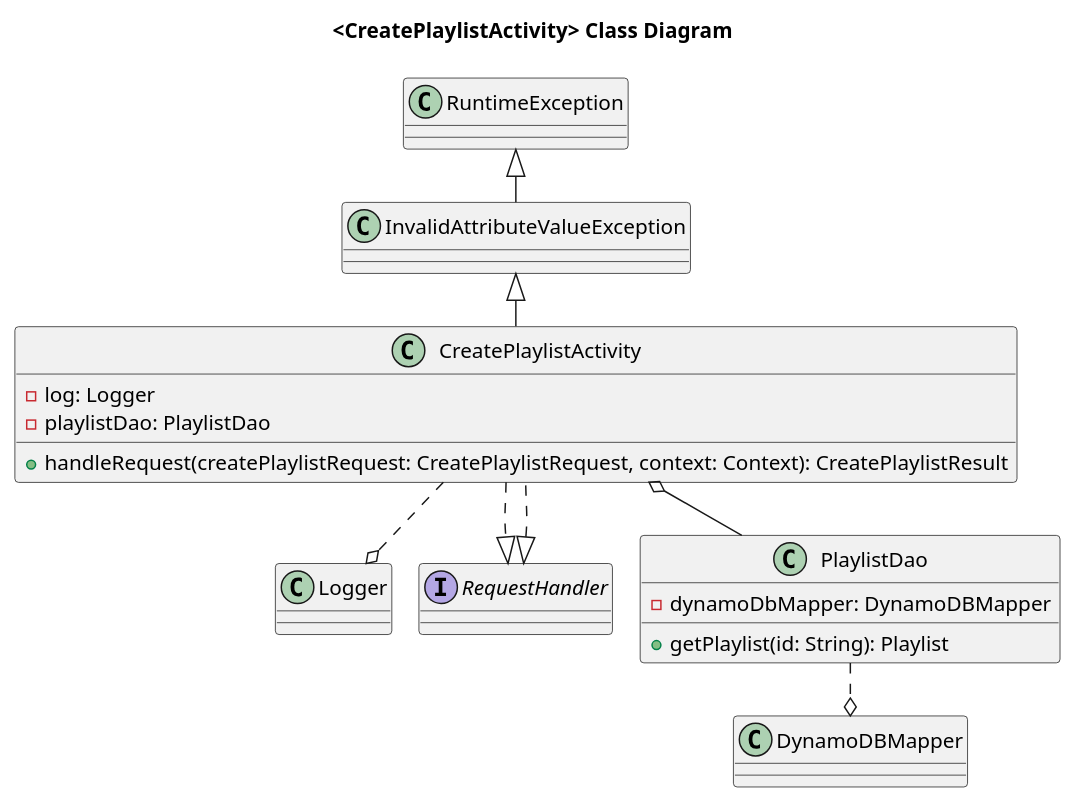
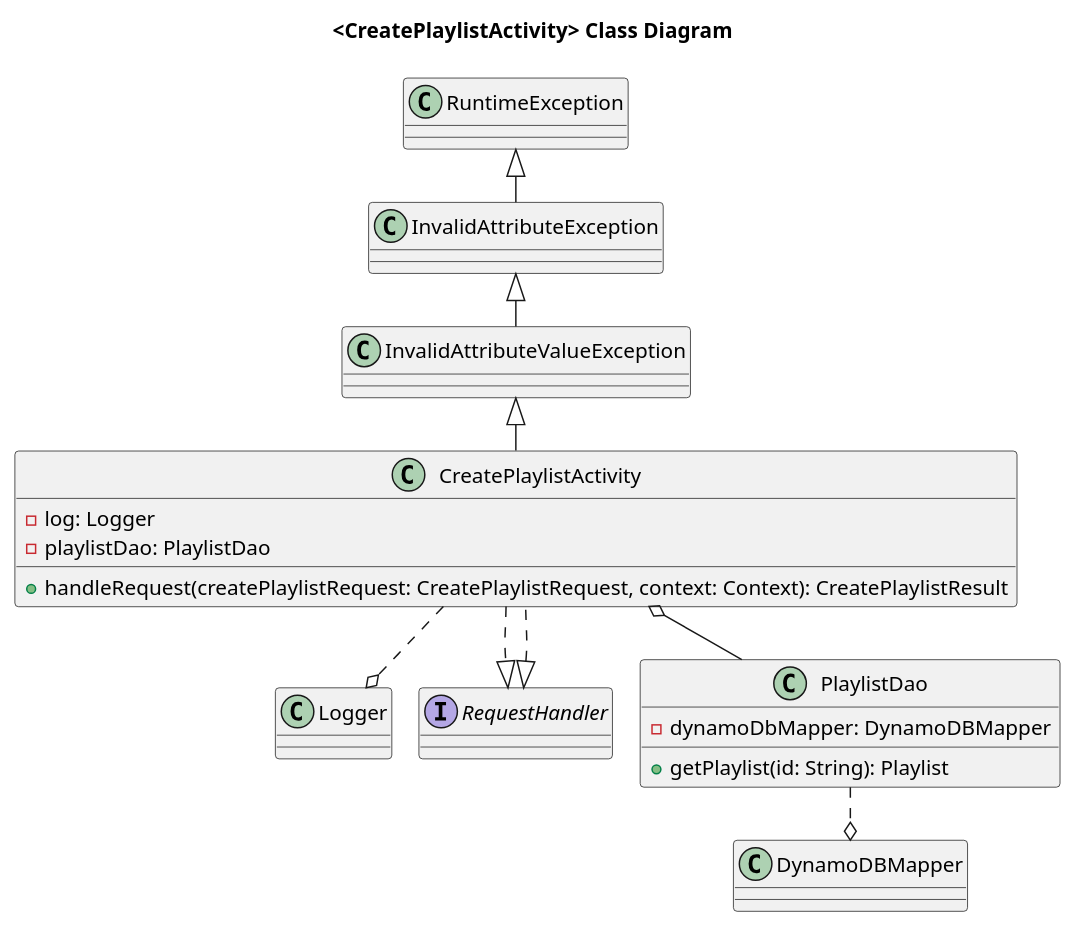
One commit to cybersister/bd-working-with-databases-music-playlist-service changed the second of 6 diagrams in src/resources/mastery-task1-music-playlist-CD.puml. Above: the diagram before and after it, drawn with PlantUML. The commit also changed other lines of this file and 1 other file, not shown here.

Commit message:
finished implementing milestone 1 ... passing all associated tct tests for the class diagram design ... onto milestone 2

```diff
--- a/src/resources/mastery-task1-music-playlist-CD.puml
+++ b/src/resources/mastery-task1-music-playlist-CD.puml
@@ -48,31 +48,34 @@
 @startuml
 !pragma layout smetana
 
 title <CreatePlaylistActivity> Class Diagram
 
 CreatePlaylistActivity ..o Logger
 
 class CreatePlaylistActivity implements RequestHandler {
     - log: Logger
     - playlistDao: PlaylistDao
 
     + handleRequest(createPlaylistRequest: CreatePlaylistRequest, context: Context): CreatePlaylistResult
 }
 
 CreatePlaylistActivity o-- PlaylistDao
 CreatePlaylistActivity ..|> RequestHandler
 
-class InvalidAttributeValueException extends RuntimeException {
+class InvalidAttributeValueException extends InvalidAttributeException {
+}
+
+class InvalidAttributeException extends RuntimeException {
 }
 
 InvalidAttributeValueException <|-- CreatePlaylistActivity
 
 class PlaylistDao {
     - dynamoDbMapper: DynamoDBMapper
 
     + getPlaylist(id: String): Playlist
 }
 
 PlaylistDao ..o DynamoDBMapper
 
 @enduml
```
